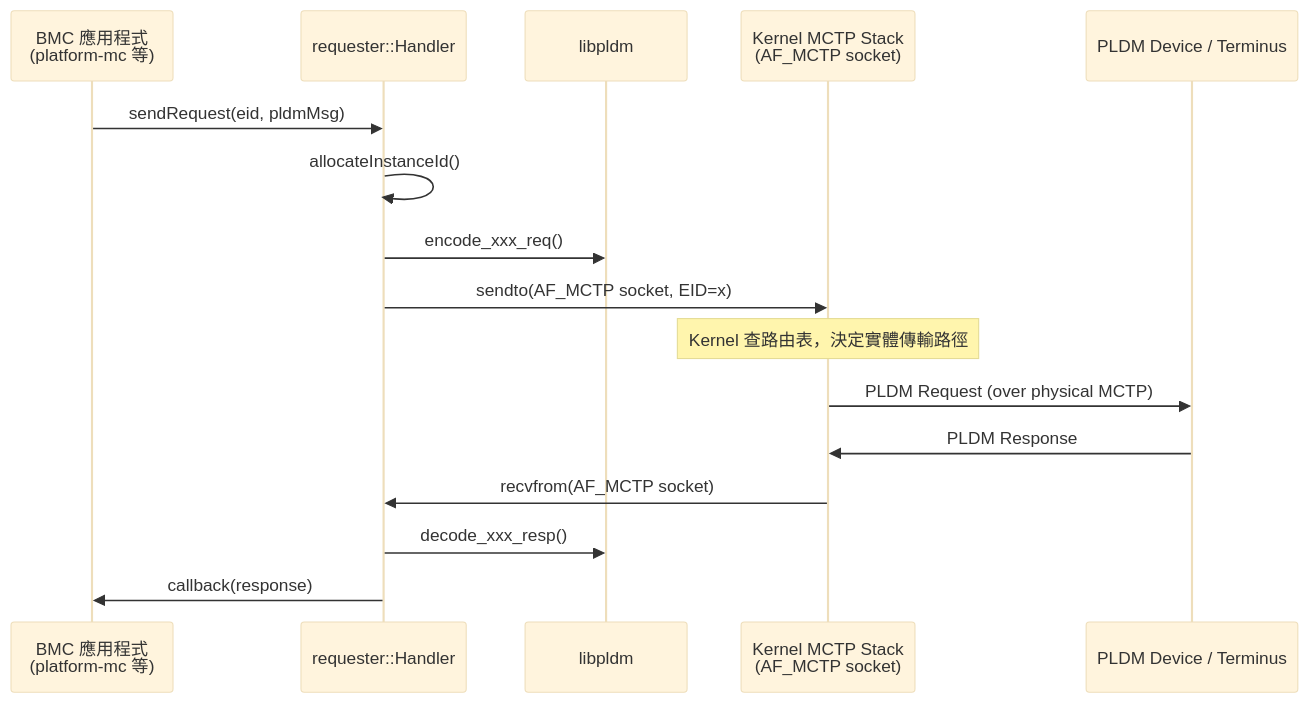
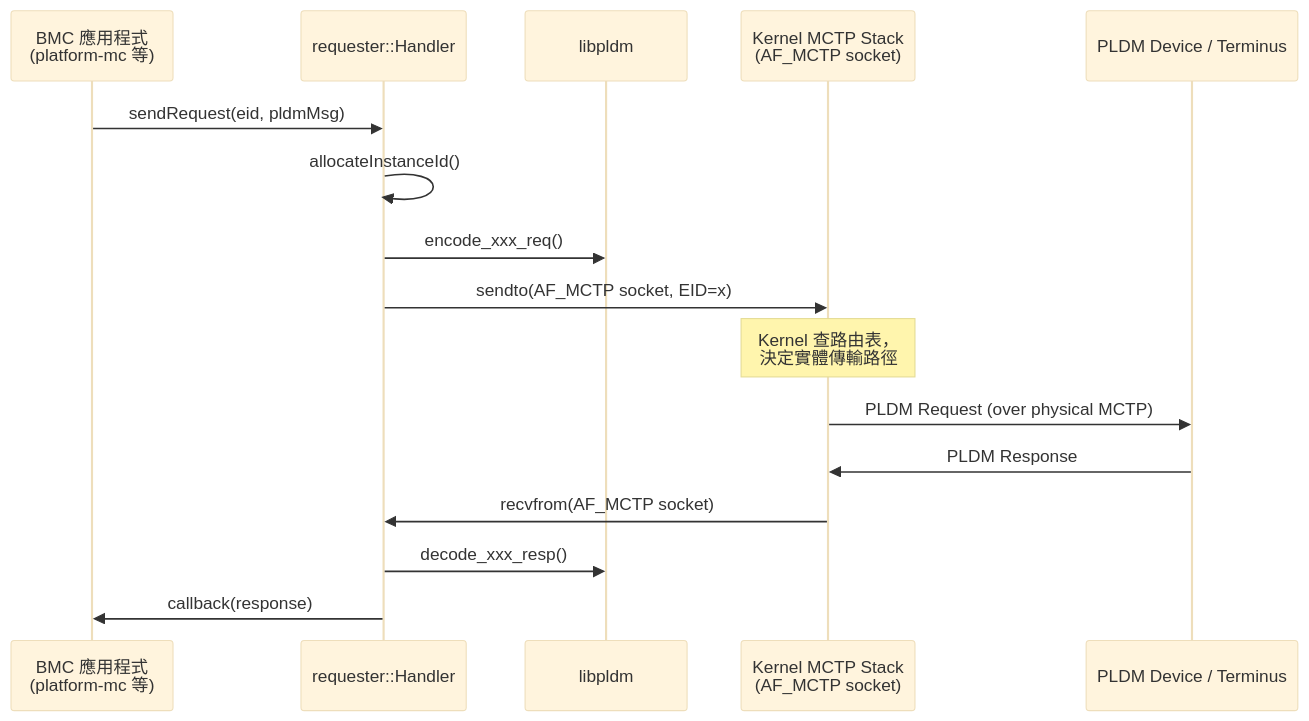
One commit to chilung-cgu/bmc-firmware-knowledge-base changed the fifth of 5 diagrams in pldm/Architecture.md. Above: the diagram before and after it, drawn with Mermaid (base theme). The commit also changed other lines of this file and 18 other files, not shown here.

First line of the commit message:
docs(pldm): 批量優化 Mermaid 流程圖排版解決文字截斷問題

````diff
--- a/pldm/Architecture.md
+++ b/pldm/Architecture.md
@@ -280,19 +280,19 @@
 ```mermaid
 sequenceDiagram
     participant App as BMC 應用程式<br/>(platform-mc 等)
     participant Req as requester::Handler
     participant libpldm as libpldm
     participant KernelMCTP as Kernel MCTP Stack<br/>(AF_MCTP socket)
     participant Device as PLDM Device / Terminus
 
     App->>Req: sendRequest(eid, pldmMsg)
     Req->>Req: allocateInstanceId()
     Req->>libpldm: encode_xxx_req()
     Req->>KernelMCTP: sendto(AF_MCTP socket, EID=x)
-    Note over KernelMCTP: Kernel 查路由表，決定實體傳輸路徑
+    Note over KernelMCTP: Kernel 查路由表，<br>決定實體傳輸路徑
     KernelMCTP->>Device: PLDM Request (over physical MCTP)
     Device->>KernelMCTP: PLDM Response
     KernelMCTP->>Req: recvfrom(AF_MCTP socket)
     Req->>libpldm: decode_xxx_resp()
     Req->>App: callback(response)
 ```
````
